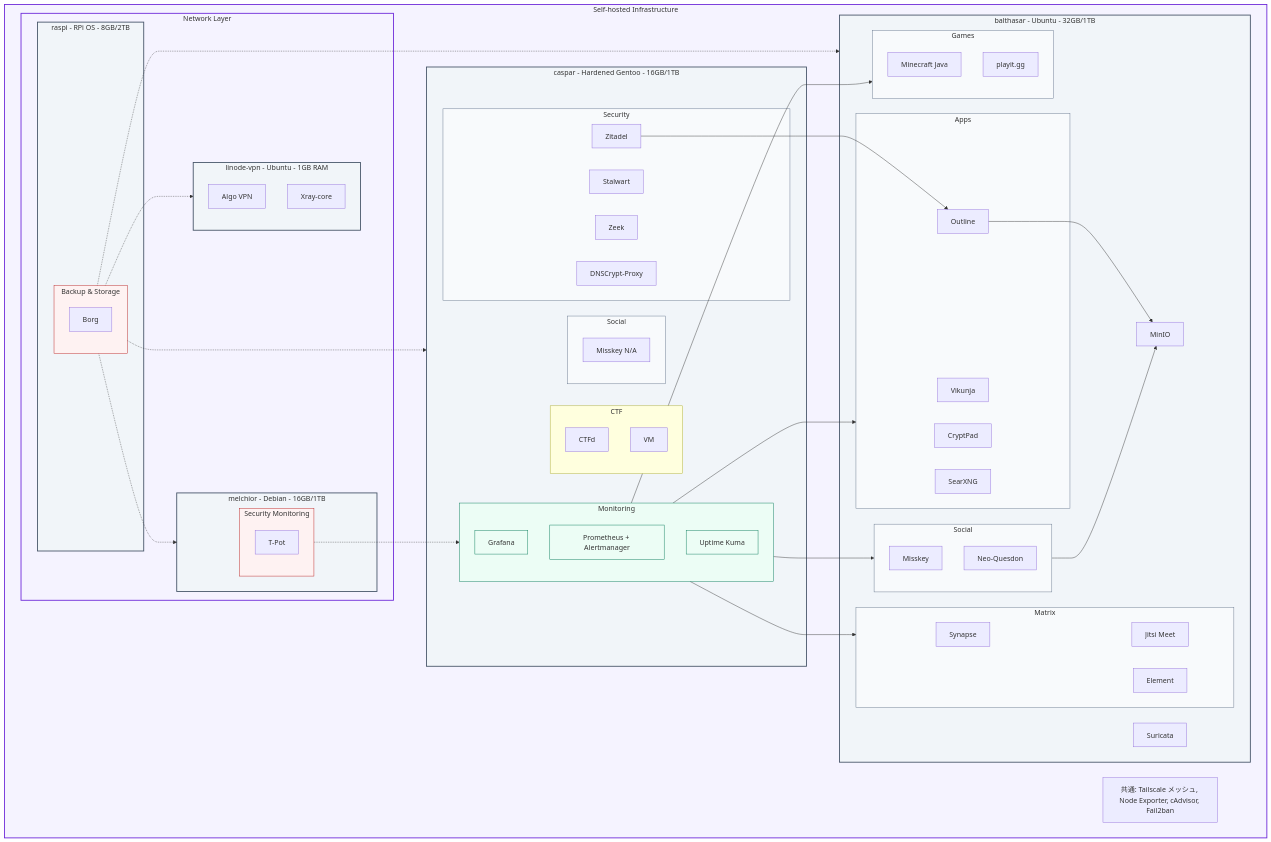
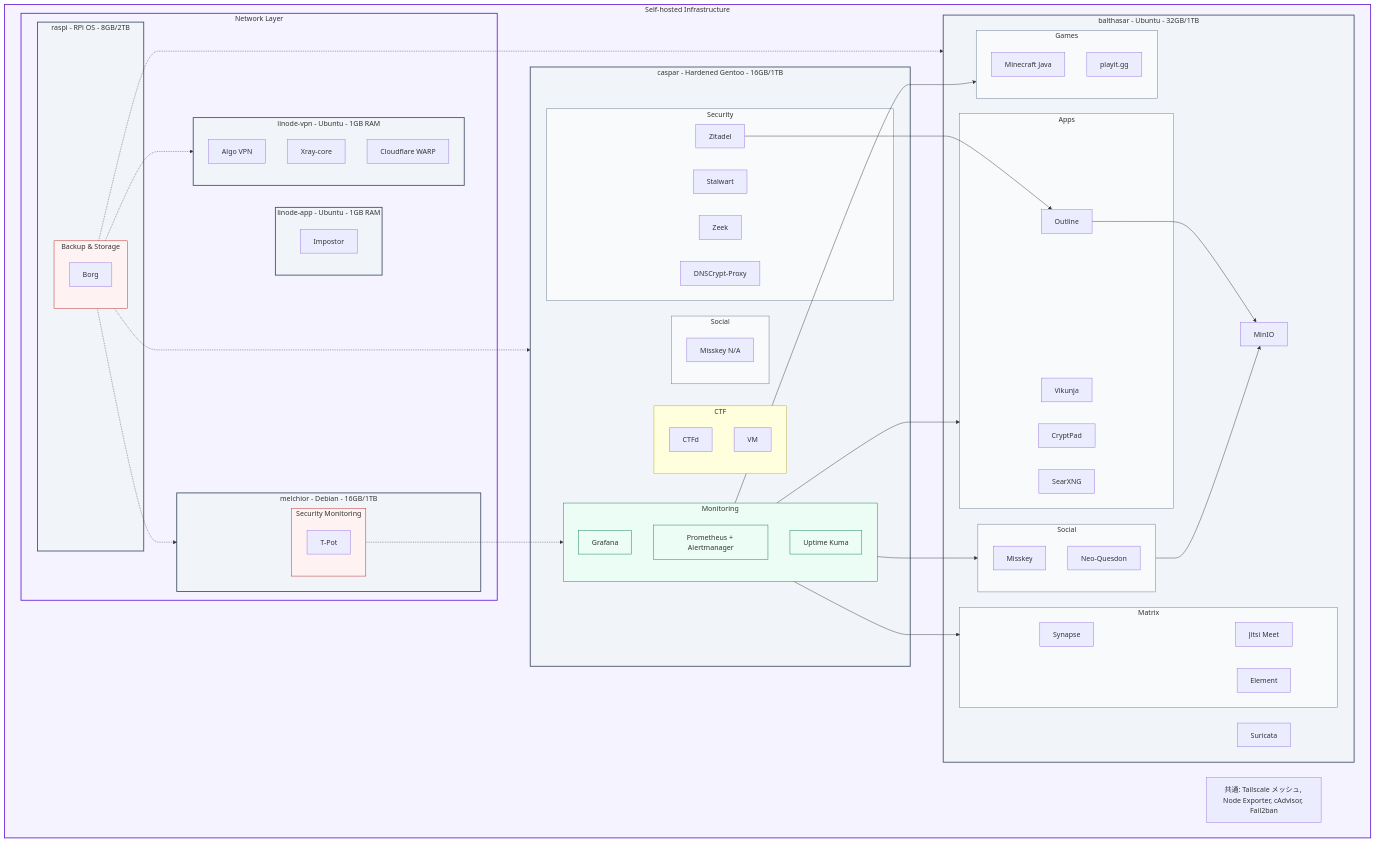
The diagram in README.md (yamisskey-dev/hosted-list), drawn with Mermaid before and after one commit.

```diff
--- a/README.md
+++ b/README.md
@@ -14,6 +14,11 @@
         subgraph linode_vpn["linode-vpn - Ubuntu - 1GB RAM"]
             algo[Algo VPN]
             xray[Xray-core]
+            warp[Cloudflare WARP]
+        end
+
+        subgraph linode_app["linode-app - Ubuntu - 1GB RAM"]
+            impostor[Impostor]
         end
         
         subgraph raspi[raspi - RPi OS - 8GB/2TB]
```
